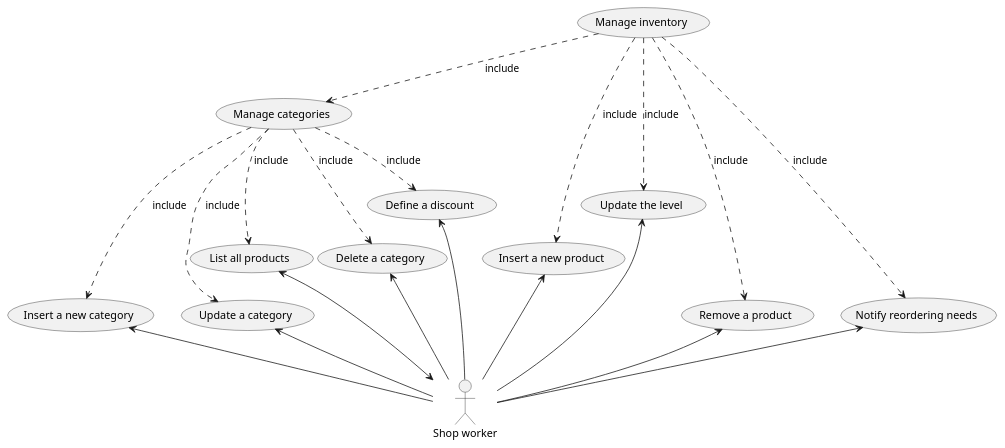
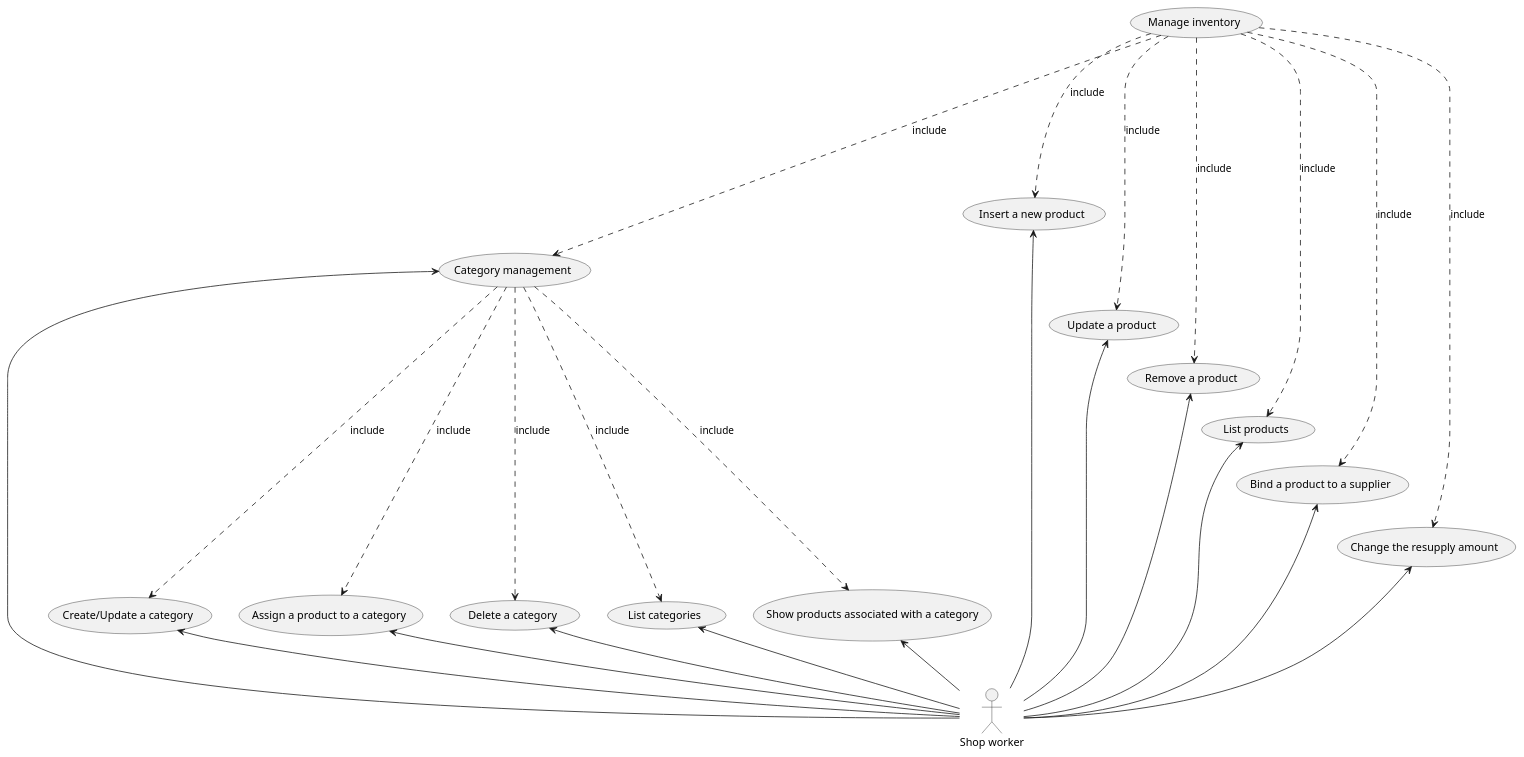
One commit to polito-se2-21-r03/se1-ezshop changed the third of 12 diagrams in Deliverables/RequirementsDocument.md. Above: the diagram before and after it, drawn with PlantUML. The commit also changed other lines of this file, not shown here.

Commit message:
changes about UC2 diagram

````diff
--- a/Deliverables/RequirementsDocument.md
+++ b/Deliverables/RequirementsDocument.md
@@ -218,40 +219,48 @@
 ```plantuml
 "Shop worker" as ShopWorker
 
 (Manage inventory) as FR2
-(Manage categories) as FR2_7
+(Category management) as UC2.5
 
-(Insert a new product) as UC2
-(Update the level) as UC3
-(Remove a product) as UC4
-(Notify reordering needs) as UC5
-(Insert a new category) as UC6
-(Update a category) as UC7
-(List all products) as UC8
-(Delete a category) as UC9
-(Define a discount) as UC10
+(Insert a new product) as UC2.1
+(Update a product) as UC2.2
+(Remove a product) as UC2.3
+(List products) as UC2.4
+(Create/Update a category) as UC2.5.1
+(Assign a product to a category) as UC2.5.2
+(Delete a category) as UC2.5.3
+(List categories) as UC2.5.4
+(Show products associated with a category) as UC2.5.5
+(Bind a product to a supplier) as UC2.6
+(Change the resupply amount) as UC2.7
 
-/' Inventory management (UC2, UC3, UC4, UC5) '/
-FR2 ...> UC2 :include
-FR2 ...> UC3 :include
-FR2 ....> UC4 :include
-FR2 ....> UC5 :include
 
-/' Category management (UC6, UC7, UC8, UC9, UC10) '/
-FR2 ..> FR2_7 :include
-FR2_7 ...> UC6 :include
-FR2_7 ...> UC7 :include
-FR2_7 ..> UC8 :include
-FR2_7 ..> UC9 :include
-FR2_7 ..> UC10 :include
+/' Inventory management (UC2.1, UC2.2, UC2.3, UC2.4, UC2.5, UC2.6, UC2.7) '/
+FR2 ...> UC2.1 :include
+FR2 ...> UC2.2 :include
+FR2 ....> UC2.3 :include
+FR2 ....> UC2.4 :include
+FR2 ....> UC2.5 :include
+FR2 ....> UC2.6 :include
+FR2 ....> UC2.7 :include
 
-UC2 <-- ShopWorker
-UC3 <-- ShopWorker
-UC4 <-- ShopWorker
-UC5 <-- ShopWorker
-UC6 <-- ShopWorker
-UC7 <-- ShopWorker
-UC8 <--> ShopWorker
-UC9 <-- ShopWorker
-UC10 <-- ShopWorker
+/' Category management (UC2.5.1, UC2.5.2, UC2.5.3, UC2.5.4, UC2.5.5) '/
+UC2.5 ....> UC2.5.1 :include
+UC2.5 ....> UC2.5.2 :include
+UC2.5 ....> UC2.5.3 :include
+UC2.5 ....> UC2.5.4 :include
+UC2.5 ....> UC2.5.5 :include
+
+UC2.1 <-- ShopWorker
+UC2.2 <-- ShopWorker
+UC2.3 <-- ShopWorker
+UC2.4 <-- ShopWorker
+UC2.5 <-- ShopWorker
+UC2.5.1 <-- ShopWorker
+UC2.5.2 <-- ShopWorker
+UC2.5.3 <-- ShopWorker
+UC2.5.4 <-- ShopWorker
+UC2.5.5 <-- ShopWorker
+UC2.6 <-- ShopWorker
+UC2.7 <-- ShopWorker
 ```
````
